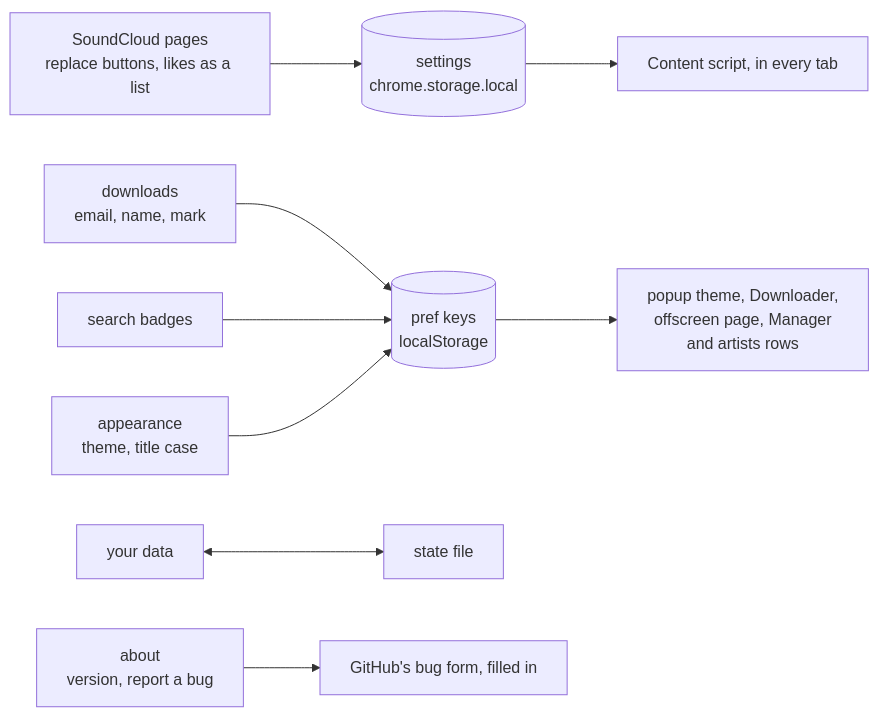
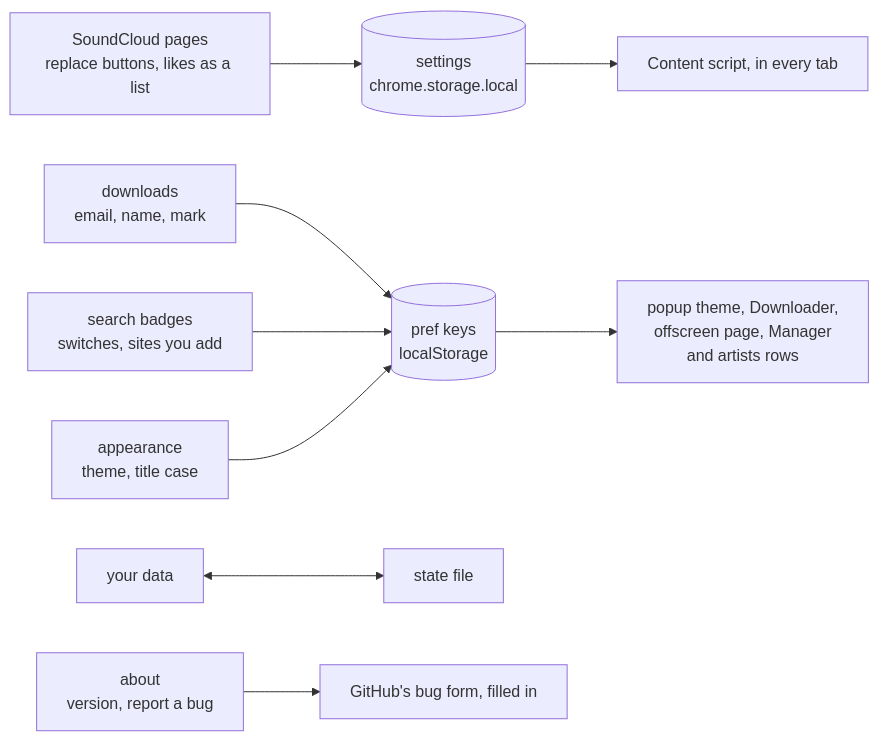
Before and after one commit to cutenode/localnetwork: the seventh of 7 diagrams in apps/localtoolbox/docs/diagrams/artists-and-queue.md, drawn with Mermaid. The commit also changed other lines of this file and 1 other file, not shown here.

Commit message:
docs(localtoolbox): add the search sites to the import, validation and settings diagrams
Sites added in settings now go through the state file's import, are checked
against search-sites.schema.json by validate:state, and are set in the
settings sheet's search badges section. Name those files on the three
diagrams and say what the validator now reads.

````diff
--- a/apps/localtoolbox/docs/diagrams/artists-and-queue.md
+++ b/apps/localtoolbox/docs/diagrams/artists-and-queue.md
@@ -196,24 +196,24 @@
 ```mermaid
 flowchart LR
   Page["SoundCloud pages<br/>replace buttons, likes as a list"]
   Down["downloads<br/>email, name, mark"]
-  Badges["search badges"]
+  Badges["search badges<br/>switches, sites you add"]
   Look["appearance<br/>theme, title case"]
   Data["your data"]
   About["about<br/>version, report a bug"]
   Settings[("settings<br/>chrome.storage.local")]
   Prefs[("pref keys<br/>localStorage")]
   Content["Content script, in every tab"]
   Pages["popup theme, Downloader,<br/>offscreen page, Manager<br/>and artists rows"]
   File["state file"]
   Bug["GitHub's bug form, filled in"]
 
   Page --> Settings
   Settings --> Content
   Down --> Prefs
   Badges --> Prefs
   Look --> Prefs
   Prefs --> Pages
   Data <--> File
   About --> Bug
 ```
````
